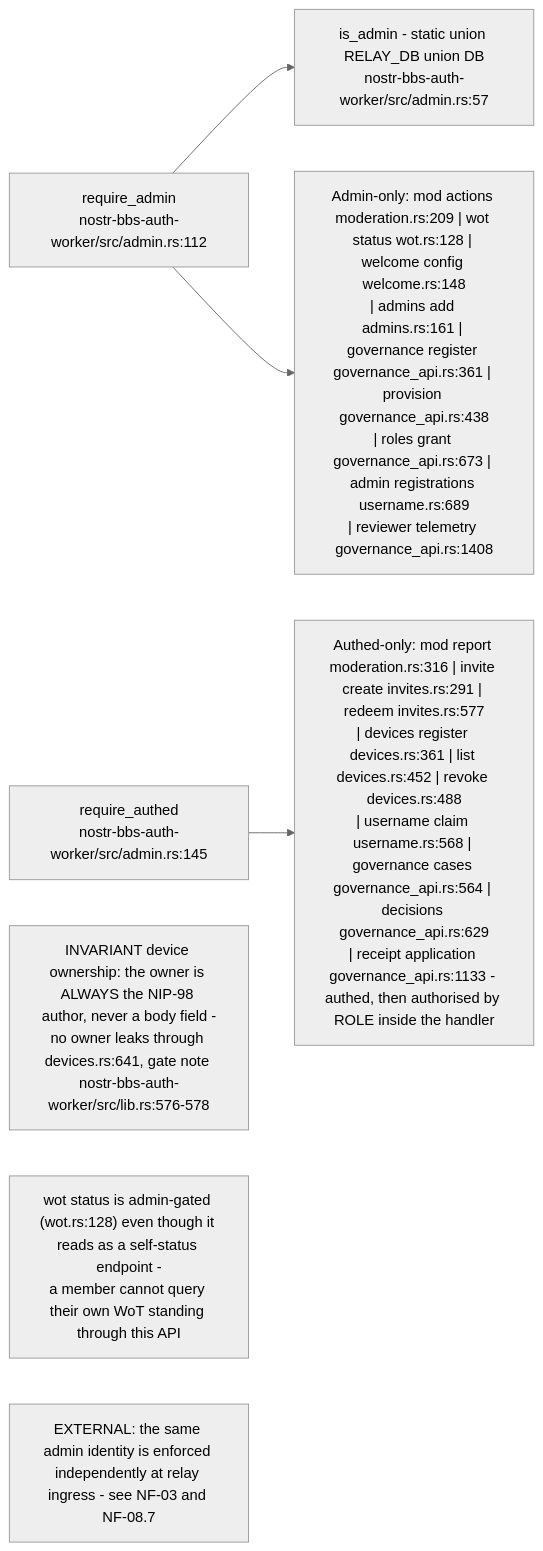
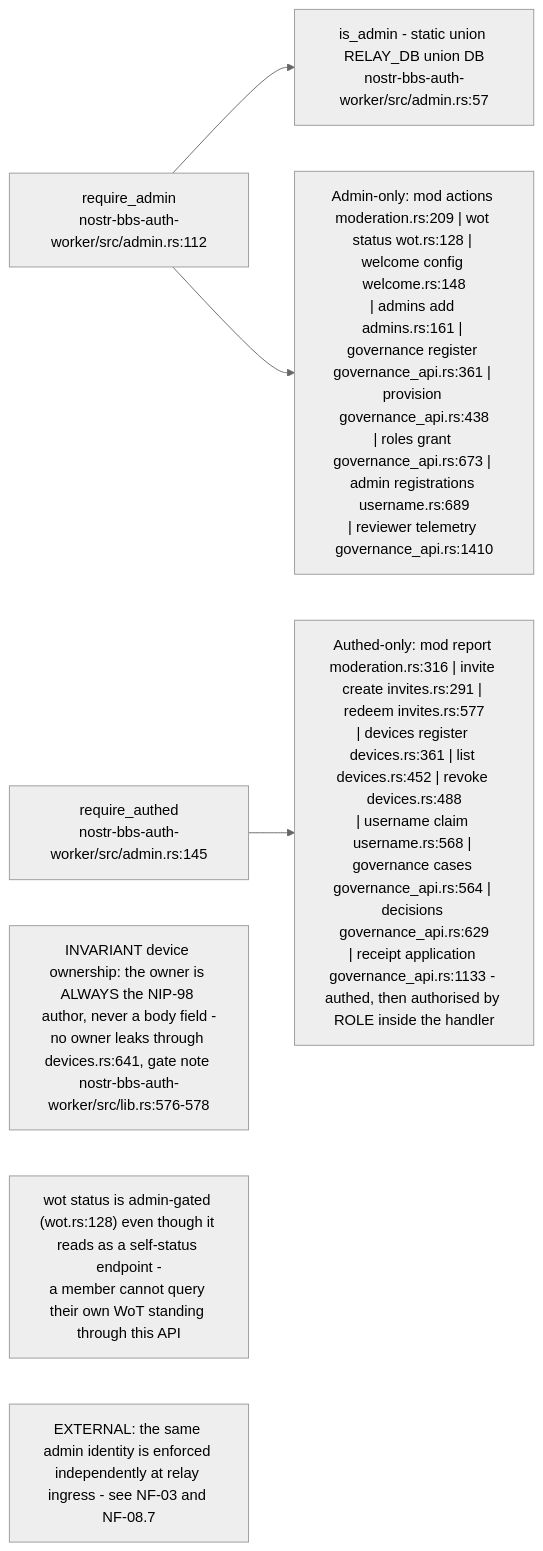
The sixth of 9 diagrams in docs/diagrams/nostr-rust-forum/02-auth-worker-passkey-nip98-and-membership.md (DreamLab-AI/VisionFlow), drawn with Mermaid (neutral theme) before and after one commit. The commit also changed other lines of this file and 136 other files, not shown here.

First line of the commit message:
docs(diagrams): refresh the whole corpus to code HEAD and prune low-value diagrams

````diff
--- a/docs/diagrams/nostr-rust-forum/02-auth-worker-passkey-nip98-and-membership.md
+++ b/docs/diagrams/nostr-rust-forum/02-auth-worker-passkey-nip98-and-membership.md
@@ -194,17 +194,17 @@
 ```mermaid
 flowchart LR
     RA["require_admin<br/>nostr-bbs-auth-worker/src/admin.rs:112"]
     RU["require_authed<br/>nostr-bbs-auth-worker/src/admin.rs:145"]
     ISA["is_admin - static union RELAY_DB union DB<br/>nostr-bbs-auth-worker/src/admin.rs:57"]
 
     RA --> ISA
-    ADMINONLY["Admin-only: mod actions moderation.rs:209 | wot status wot.rs:128 | welcome config welcome.rs:148<br/>| admins add admins.rs:161 | governance register governance_api.rs:361 | provision governance_api.rs:438<br/>| roles grant governance_api.rs:673 | admin registrations username.rs:689<br/>| reviewer telemetry governance_api.rs:1408"]
+    ADMINONLY["Admin-only: mod actions moderation.rs:209 | wot status wot.rs:128 | welcome config welcome.rs:148<br/>| admins add admins.rs:161 | governance register governance_api.rs:361 | provision governance_api.rs:438<br/>| roles grant governance_api.rs:673 | admin registrations username.rs:689<br/>| reviewer telemetry governance_api.rs:1410"]
     AUTHED["Authed-only: mod report moderation.rs:316 | invite create invites.rs:291 | redeem invites.rs:577<br/>| devices register devices.rs:361 | list devices.rs:452 | revoke devices.rs:488<br/>| username claim username.rs:568 | governance cases governance_api.rs:564 | decisions governance_api.rs:629<br/>| receipt application governance_api.rs:1133 - authed, then authorised by ROLE inside the handler"]
 
     RA --> ADMINONLY
     RU --> AUTHED
 
     N1["INVARIANT device ownership: the owner is ALWAYS the NIP-98 author, never a body field -<br/>no owner leaks through devices.rs:641, gate note nostr-bbs-auth-worker/src/lib.rs:576-578"]
     N2["wot status is admin-gated (wot.rs:128) even though it reads as a self-status endpoint -<br/>a member cannot query their own WoT standing through this API"]
     N3["EXTERNAL: the same admin identity is enforced independently at relay ingress - see NF-03 and NF-08.7"]
 ```
````
